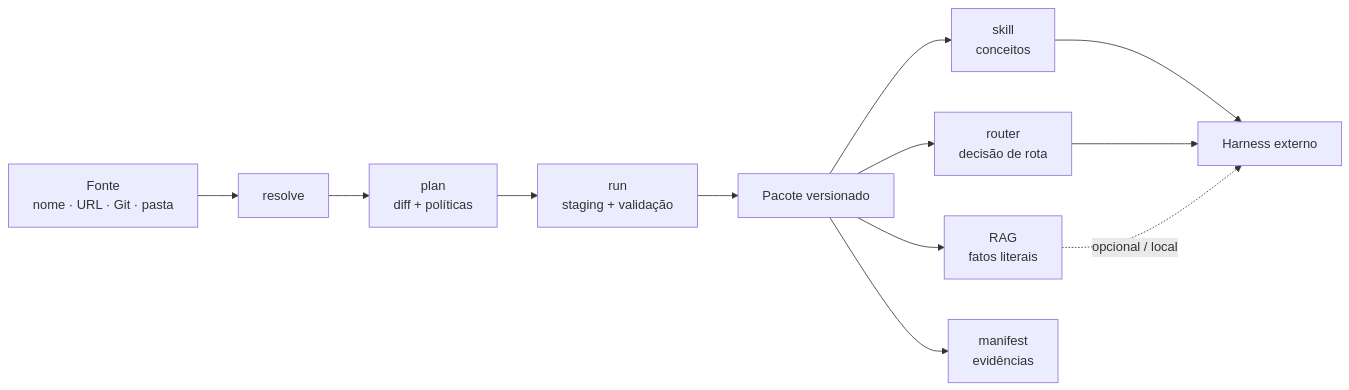
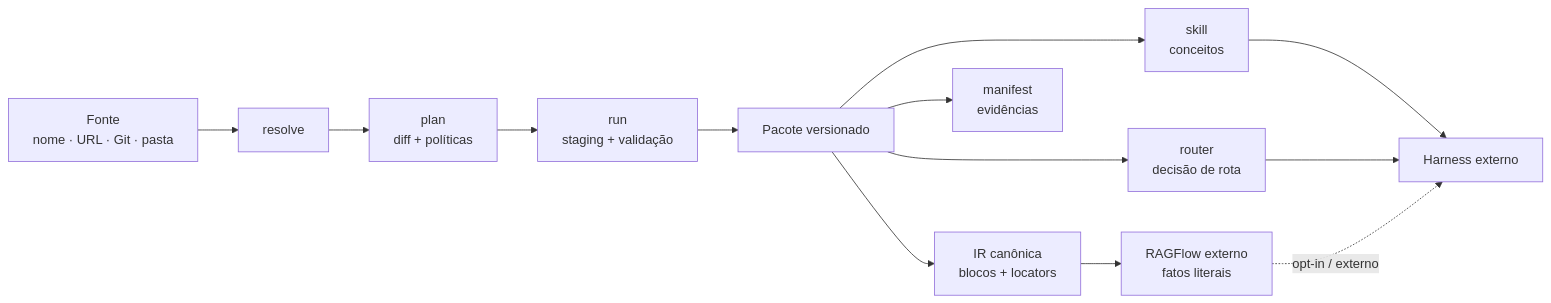
The diagram in README.md (VIDORETTO/farol-rag-skill-docs), drawn with Mermaid before and after one commit. The commit also changed other lines of this file and 18 other files, not shown here.

```diff
--- a/README.md
+++ b/README.md
@@ -215,14 +221,15 @@
 ~~~mermaid
 flowchart LR
     A["Fonte<br/>nome · URL · Git · pasta"] --> B["resolve"]
     B --> C["plan<br/>diff + políticas"]
     C --> D["run<br/>staging + validação"]
     D --> E["Pacote versionado"]
     E --> S["skill<br/>conceitos"]
     E --> R["router<br/>decisão de rota"]
-    E --> G["RAG<br/>fatos literais"]
+    E --> I["IR canônica<br/>blocos + locators"]
+    I --> G["RAGFlow externo<br/>fatos literais"]
     E --> M["manifest<br/>evidências"]
     S --> H["Harness externo"]
     R --> H
-    G -. opcional / local .-> H
+    G -. opt-in / externo .-> H
 ~~~
```
